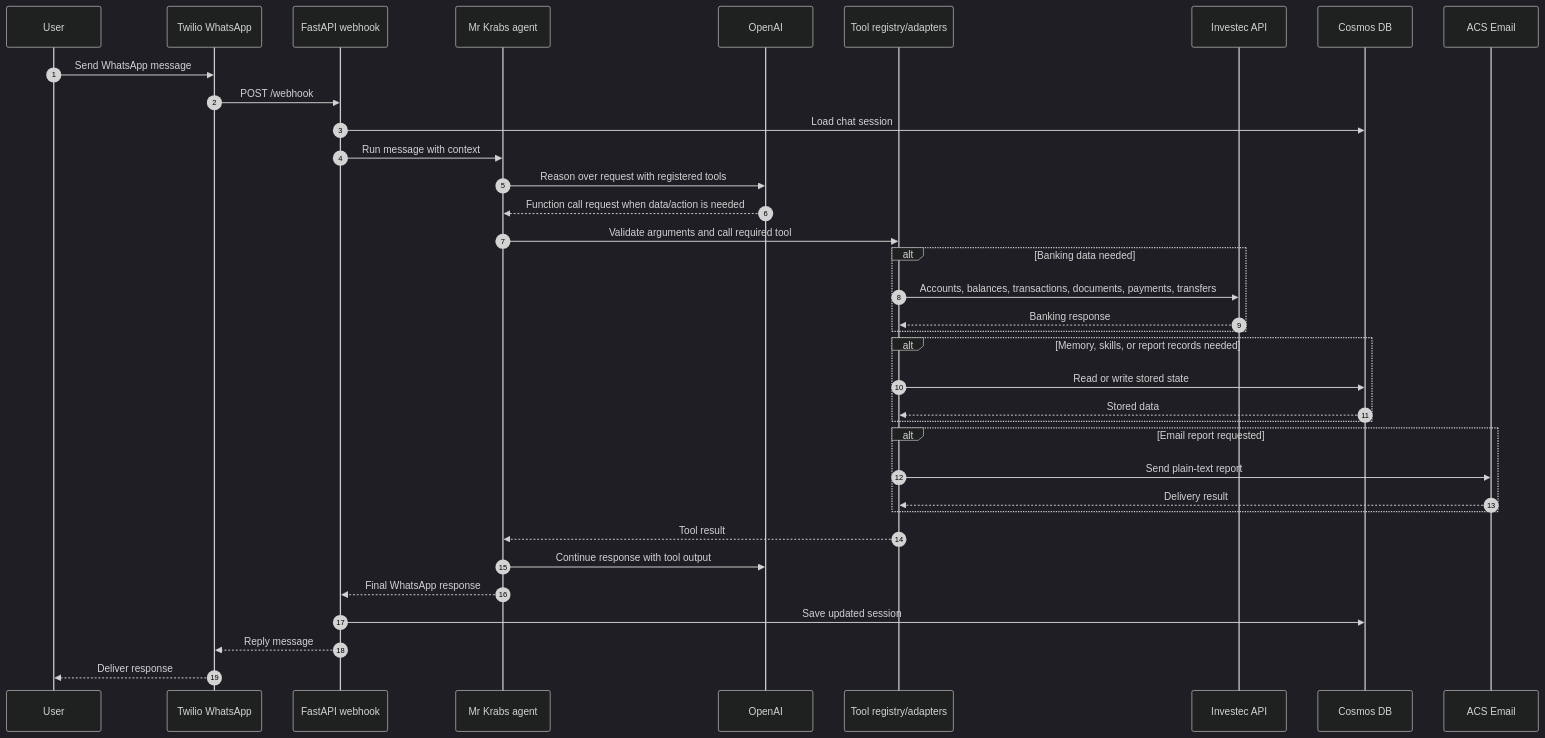
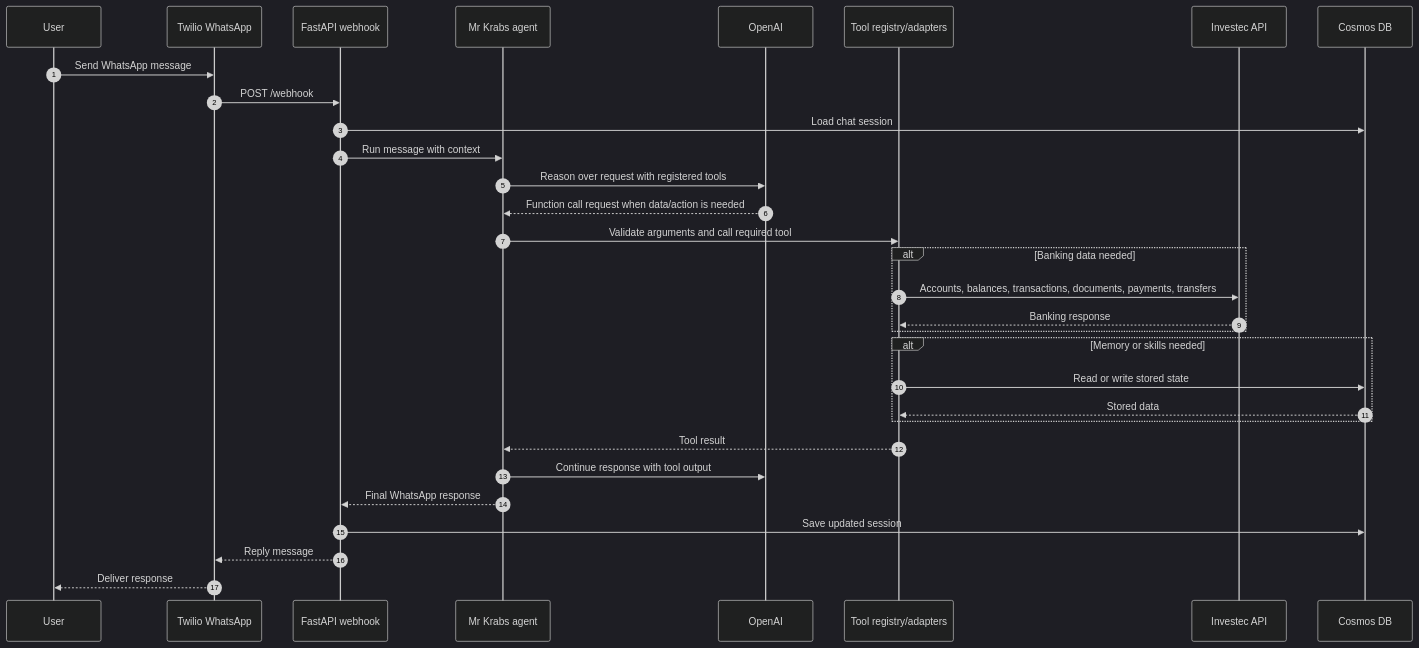
The second of 2 diagrams in docs/solution-diagram.md (tjabane/tjabane.agent.julius), drawn with Mermaid (dark theme) before and after one commit. The commit also changed other lines of this file and 15 other files, not shown here.

````diff
--- a/docs/solution-diagram.md
+++ b/docs/solution-diagram.md
@@ -69,39 +68,34 @@
 ```mermaid
 sequenceDiagram
     autonumber
     participant User
     participant Twilio as Twilio WhatsApp
     participant API as FastAPI webhook
     participant Agent as Mr Krabs agent
     participant OpenAI
     participant Tools as Tool registry/adapters
     participant Investec as Investec API
     participant Cosmos as Cosmos DB
-    participant Email as ACS Email
 
     User->>Twilio: Send WhatsApp message
     Twilio->>API: POST /webhook
     API->>Cosmos: Load chat session
     API->>Agent: Run message with context
     Agent->>OpenAI: Reason over request with registered tools
     OpenAI-->>Agent: Function call request when data/action is needed
     Agent->>Tools: Validate arguments and call required tool
     alt Banking data needed
         Tools->>Investec: Accounts, balances, transactions, documents, payments, transfers
         Investec-->>Tools: Banking response
     end
-    alt Memory, skills, or report records needed
+    alt Memory or skills needed
         Tools->>Cosmos: Read or write stored state
         Cosmos-->>Tools: Stored data
-    end
-    alt Email report requested
-        Tools->>Email: Send plain-text report
-        Email-->>Tools: Delivery result
     end
     Tools-->>Agent: Tool result
     Agent->>OpenAI: Continue response with tool output
     Agent-->>API: Final WhatsApp response
     API->>Cosmos: Save updated session
     API-->>Twilio: Reply message
     Twilio-->>User: Deliver response
 ```
````
